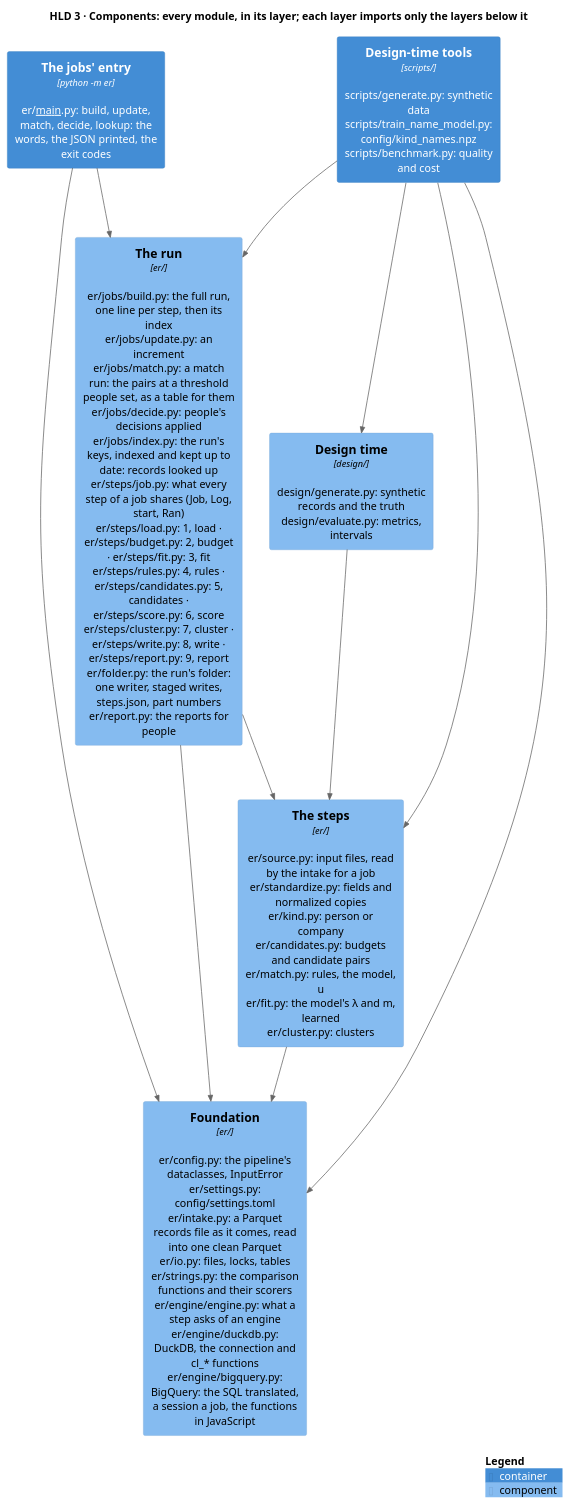
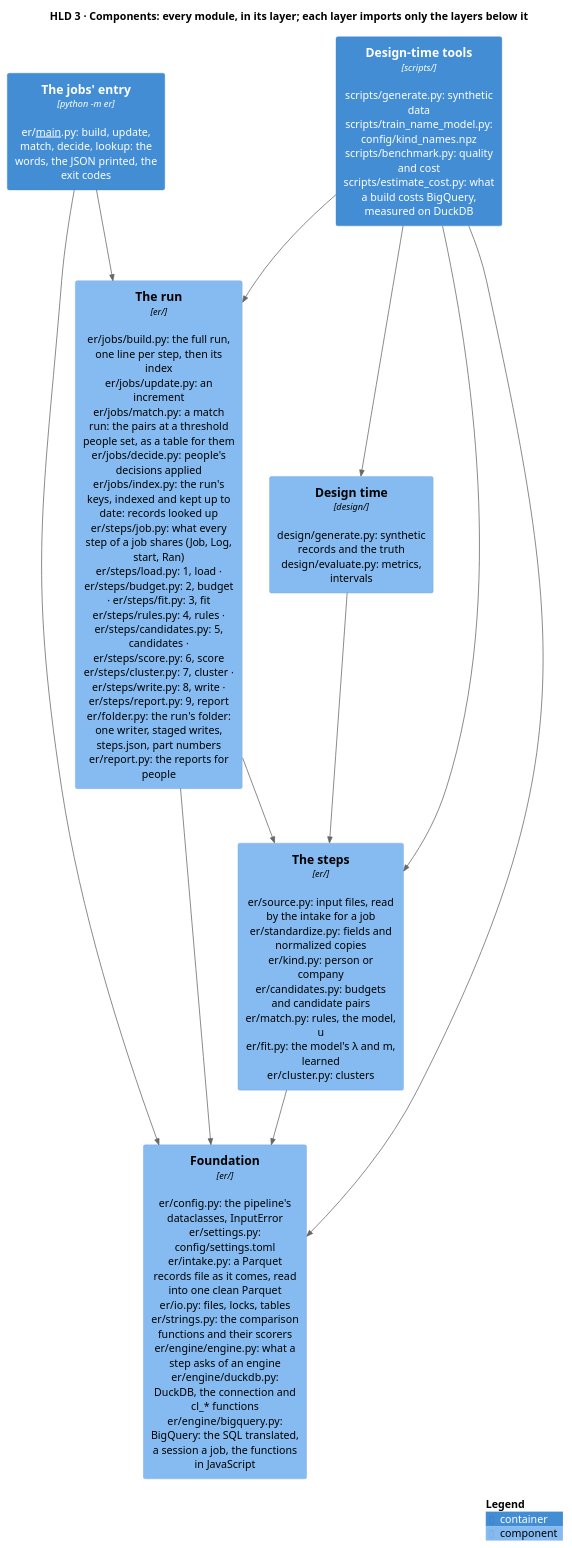
One commit to mvsbm/entity_matching changed the diagram in docs/diagrams/components.puml. Above: the diagram before and after it, drawn with PlantUML.

Commit message:
The components diagram names scripts/estimate_cost.py.
Claude-Session: https://claude.ai/code/session_012o8JNBKSY1aREPbMQDG8g2

```diff
--- a/docs/diagrams/components.puml
+++ b/docs/diagrams/components.puml
@@ -1,27 +1,27 @@
 @startuml components
 !include <C4/C4_Component>
 LAYOUT_TOP_DOWN()
 HIDE_STEREOTYPE()
 title HLD 3 · Components: every module, in its layer; each layer imports only the layers below it
 
 Container(tools_run, "The jobs' entry", "python -m er", "er/__main__.py: build, update, match, decide, lookup: the words, the JSON printed, the exit codes")
-Container(tools_design, "Design-time tools", "scripts/", "scripts/generate.py: synthetic data\nscripts/train_name_model.py: config/kind_names.npz\nscripts/benchmark.py: quality and cost")
+Container(tools_design, "Design-time tools", "scripts/", "scripts/generate.py: synthetic data\nscripts/train_name_model.py: config/kind_names.npz\nscripts/benchmark.py: quality and cost\nscripts/estimate_cost.py: what a build costs BigQuery, measured on DuckDB")
 
 Component(run, "The run", "er/", "er/jobs/build.py: the full run, one line per step, then its index\ner/jobs/update.py: an increment\ner/jobs/match.py: a match run: the pairs at a threshold people set, as a table for them\ner/jobs/decide.py: people's decisions applied\ner/jobs/index.py: the run's keys, indexed and kept up to date: records looked up\ner/steps/job.py: what every step of a job shares (Job, Log, start, Ran)\ner/steps/load.py: 1, load · er/steps/budget.py: 2, budget · er/steps/fit.py: 3, fit\ner/steps/rules.py: 4, rules · er/steps/candidates.py: 5, candidates · er/steps/score.py: 6, score\ner/steps/cluster.py: 7, cluster · er/steps/write.py: 8, write · er/steps/report.py: 9, report\ner/folder.py: the run's folder: one writer, staged writes, steps.json, part numbers\ner/report.py: the reports for people")
 Component(design, "Design time", "design/", "design/generate.py: synthetic records and the truth\ndesign/evaluate.py: metrics, intervals")
 Component(steps, "The steps", "er/", "er/source.py: input files, read by the intake for a job\ner/standardize.py: fields and normalized copies\ner/kind.py: person or company\ner/candidates.py: budgets and candidate pairs\ner/match.py: rules, the model, u\ner/fit.py: the model's λ and m, learned\ner/cluster.py: clusters")
 Component(configuration, "Foundation", "er/", "er/config.py: the pipeline's dataclasses, InputError\ner/settings.py: config/settings.toml\ner/intake.py: a Parquet records file as it comes, read into one clean Parquet\ner/io.py: files, locks, tables\ner/strings.py: the comparison functions and their scorers\ner/engine/engine.py: what a step asks of an engine\ner/engine/duckdb.py: DuckDB, the connection and cl_* functions\ner/engine/bigquery.py: BigQuery: the SQL translated, a session a job, the functions in JavaScript")
 
 Rel_D(tools_run, run, "")
 Rel_D(tools_run, configuration, "")
 Rel_D(tools_design, run, "")
 Rel_D(tools_design, design, "")
 Rel_D(tools_design, steps, "")
 Rel_D(tools_design, configuration, "")
 Rel_D(run, steps, "")
 Rel_D(run, configuration, "")
 Rel_D(design, steps, "")
 Rel_D(steps, configuration, "")
 
 SHOW_LEGEND()
 @enduml
```
